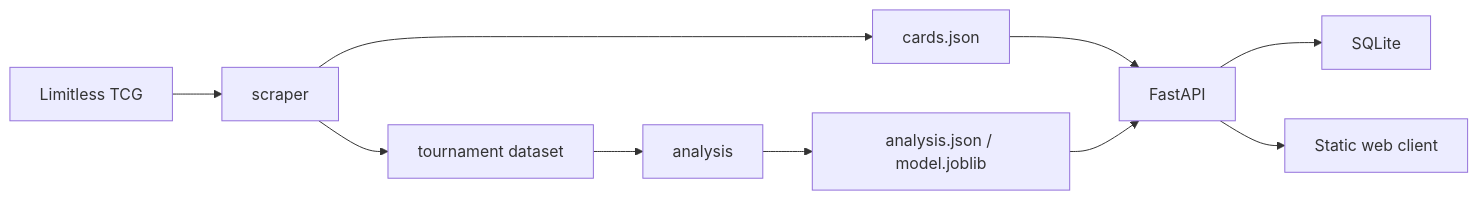
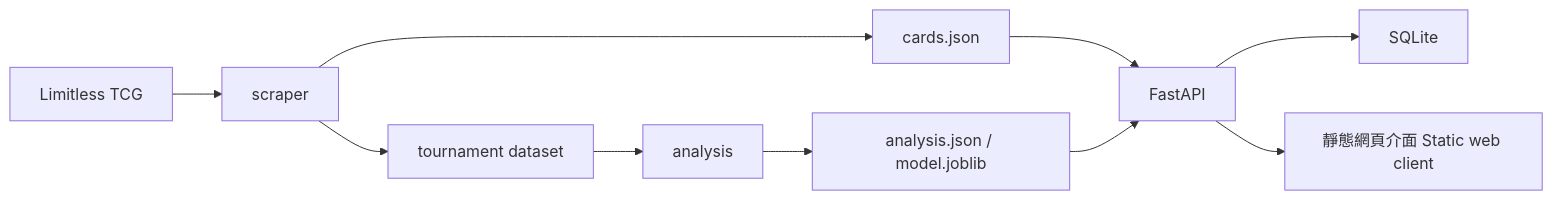
One commit to aresisgood/PTCG_Pocket_DataBrowser changed the first of 2 diagrams in README.md. Above: the diagram before and after it, drawn with Mermaid. The commit also changed other lines of this file, not shown here.

````diff
--- a/README.md
+++ b/README.md
@@ -14,12 +14,12 @@
 ```mermaid
 flowchart LR
     S["Limitless TCG"] --> C["scraper"]
     C --> D1["cards.json"]
     C --> D2["tournament dataset"]
     D2 --> A["analysis"]
     A --> D3["analysis.json / model.joblib"]
     D1 --> API["FastAPI"]
     D3 --> API
     API --> DB["SQLite"]
-    API --> WEB["Static web client"]
+    API --> WEB["靜態網頁介面 Static web client"]
 ```
````
